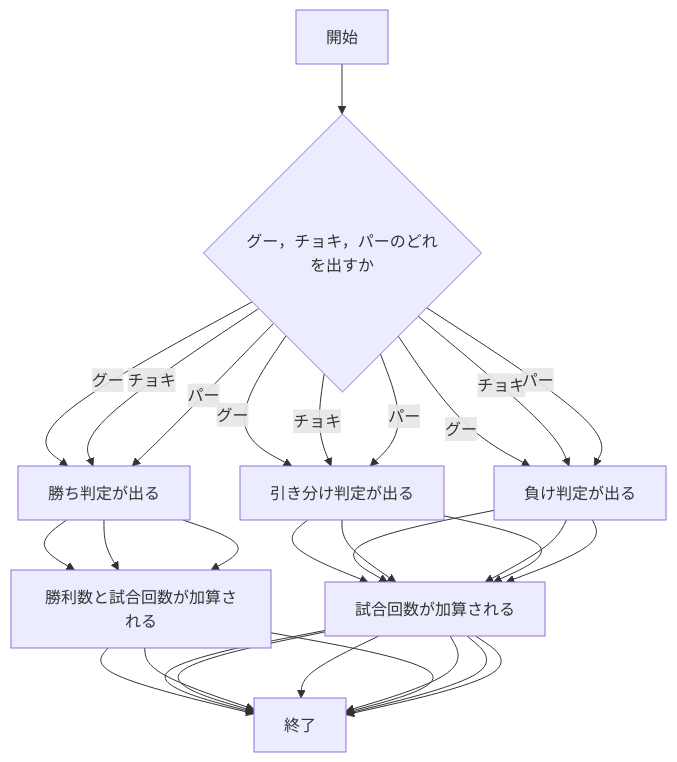
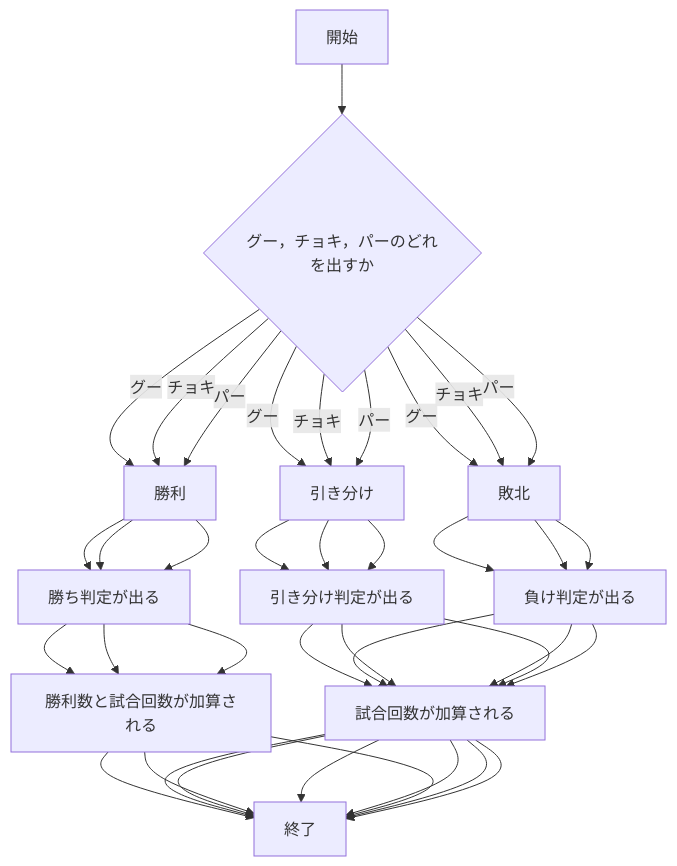
Before and after one commit to km919/webpro_06: the seventh of 8 diagrams in README.md, drawn with Mermaid.

Commit message:
11/18の13:24に編集済

````diff
--- a/README.md
+++ b/README.md
@@ -266,27 +266,27 @@
 ```mermaid
 flowchart TD;
 start["開始"];
 end1["終了"]
 if{"グー，チョキ，パーのどれを出すか"}
 start --> if
-if --> |グー|　勝ち判定が出る
-勝ち判定が出る --> 勝利数と試合回数が加算される --> end1
-if --> |グー| 引き分け判定が出る
-引き分け判定が出る　--> 試合回数が加算される --> end1
-if --> |グー| 負け判定が出る
-負け判定が出る --> 試合回数が加算される --> end1
+if --> |グー|　勝利
+勝利 --> 勝ち判定が出る --> 勝利数と試合回数が加算される --> end1
+if --> |グー| 引き分け
+引き分け --> 引き分け判定が出る　--> 試合回数が加算される --> end1
+if --> |グー| 敗北
+敗北 --> 負け判定が出る --> 試合回数が加算される --> end1
 
-if --> |チョキ|　勝ち判定が出る
-勝ち判定が出る --> 勝利数と試合回数が加算される --> end1
-if --> |チョキ| 引き分け判定が出る
-引き分け判定が出る　--> 試合回数が加算される --> end1
-if --> |チョキ| 負け判定が出る
-負け判定が出る --> 試合回数が加算される --> end1
+if --> |チョキ|　勝利
+勝利 --> 勝ち判定が出る --> 勝利数と試合回数が加算される --> end1
+if --> |チョキ| 引き分け
+引き分け --> 引き分け判定が出る　--> 試合回数が加算される --> end1
+if --> |チョキ| 敗北
+敗北 --> 負け判定が出る --> 試合回数が加算される --> end1
 
-if --> |パー|　勝ち判定が出る
-勝ち判定が出る --> 勝利数と試合回数が加算される --> end1
-if --> |パー| 引き分け判定が出る
-引き分け判定が出る　--> 試合回数が加算される --> end1
-if --> |パー| 負け判定が出る
-負け判定が出る --> 試合回数が加算される --> end1
+if --> |パー|　勝利
+勝利 --> 勝ち判定が出る --> 勝利数と試合回数が加算される --> end1
+if --> |パー| 引き分け
+引き分け --> 引き分け判定が出る　--> 試合回数が加算される --> end1
+if --> |パー| 敗北
+敗北 --> 負け判定が出る --> 試合回数が加算される --> end1
 ```
````
